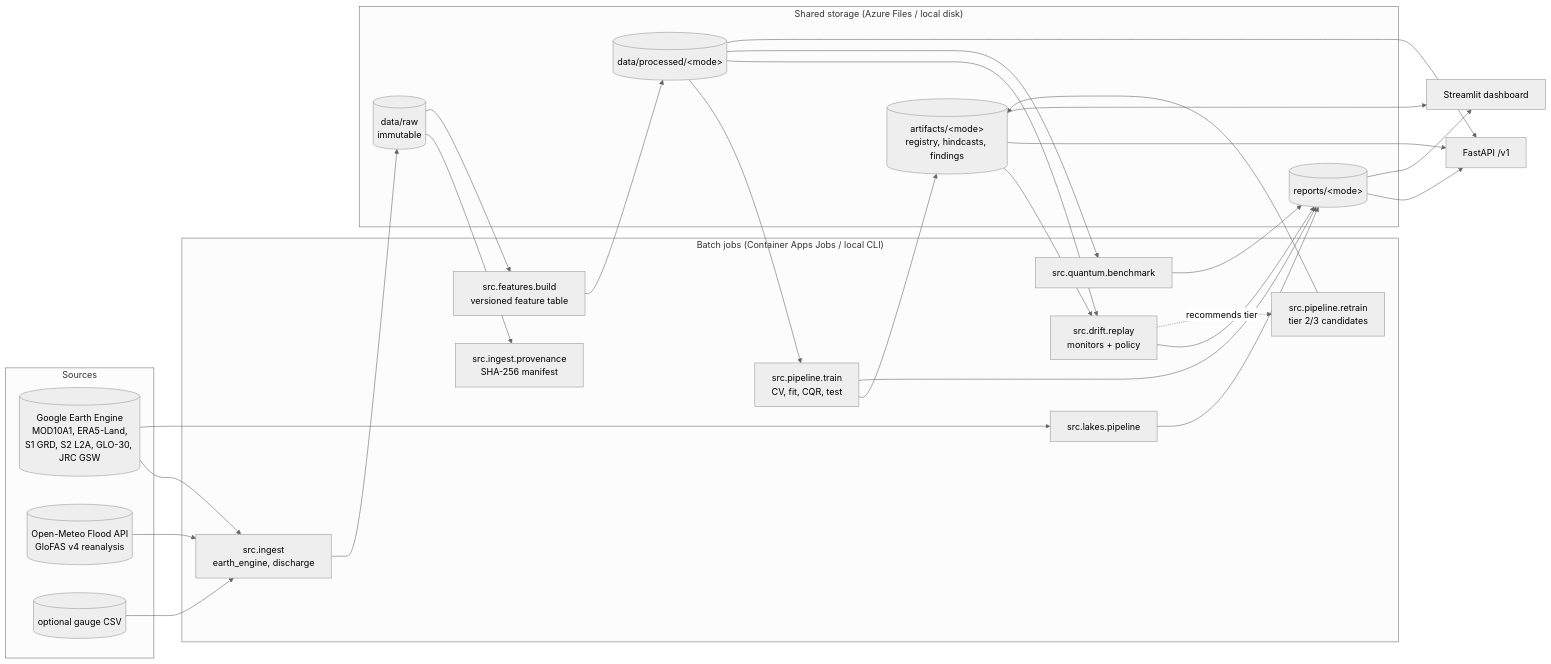
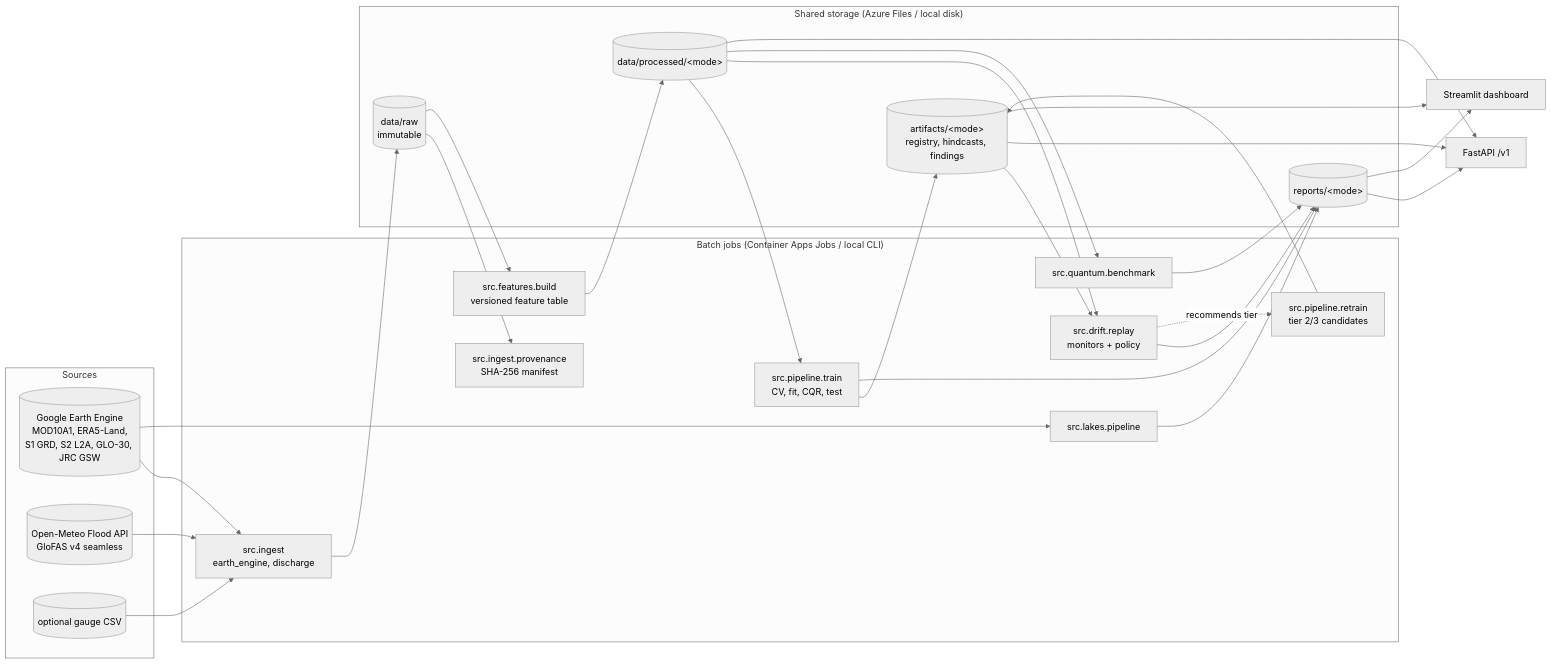
One commit to senthil-kanna/qglacierwatch changed the first of 3 diagrams in docs/architecture.md. Above: the diagram before and after it, drawn with Mermaid (neutral theme). The commit also changed 12 other files, not shown here.

````diff
--- a/docs/architecture.md
+++ b/docs/architecture.md
@@ -5,43 +5,43 @@
 ```mermaid
 flowchart LR
     subgraph Sources
         GEE[(Google Earth Engine<br/>MOD10A1, ERA5-Land,<br/>S1 GRD, S2 L2A, GLO-30, JRC GSW)]
-        OM[(Open-Meteo Flood API<br/>GloFAS v4 reanalysis)]
+        OM[(Open-Meteo Flood API<br/>GloFAS v4 seamless)]
         GAUGE[(optional gauge CSV)]
     end
     subgraph Jobs["Batch jobs (Container Apps Jobs / local CLI)"]
         ING[src.ingest<br/>earth_engine, discharge]
         PROV[src.ingest.provenance<br/>SHA-256 manifest]
         FEAT[src.features.build<br/>versioned feature table]
         TRAIN[src.pipeline.train<br/>CV, fit, CQR, test]
         DRIFT[src.drift.replay<br/>monitors + policy]
         RETRAIN[src.pipeline.retrain<br/>tier 2/3 candidates]
         LAKES[src.lakes.pipeline]
         QB[src.quantum.benchmark]
     end
     subgraph Store["Shared storage (Azure Files / local disk)"]
         RAW[(data/raw<br/>immutable)]
         PROC[(data/processed/&lt;mode&gt;)]
         ART[(artifacts/&lt;mode&gt;<br/>registry, hindcasts, findings)]
         REP[(reports/&lt;mode&gt;)]
     end
     API[FastAPI /v1]
     DASH[Streamlit dashboard]
     GEE --> ING
     OM --> ING
     GAUGE --> ING
     ING --> RAW --> PROV
     RAW --> FEAT --> PROC
     PROC --> TRAIN --> ART
     TRAIN --> REP
     PROC --> DRIFT
     ART --> DRIFT --> REP
     DRIFT -. recommends tier .-> RETRAIN --> ART
     GEE --> LAKES --> REP
     PROC --> QB --> REP
     ART --> API
     PROC --> API
     REP --> API
     ART --> DASH
     REP --> DASH
 ```
````
